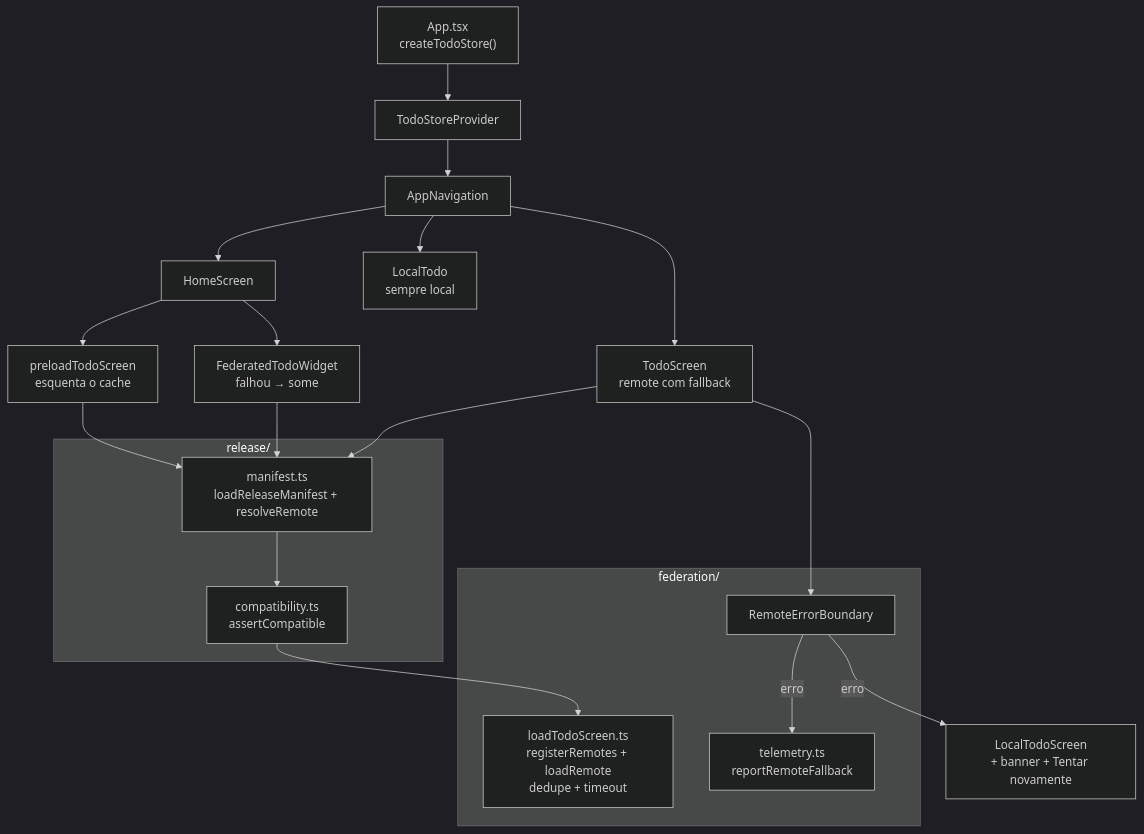
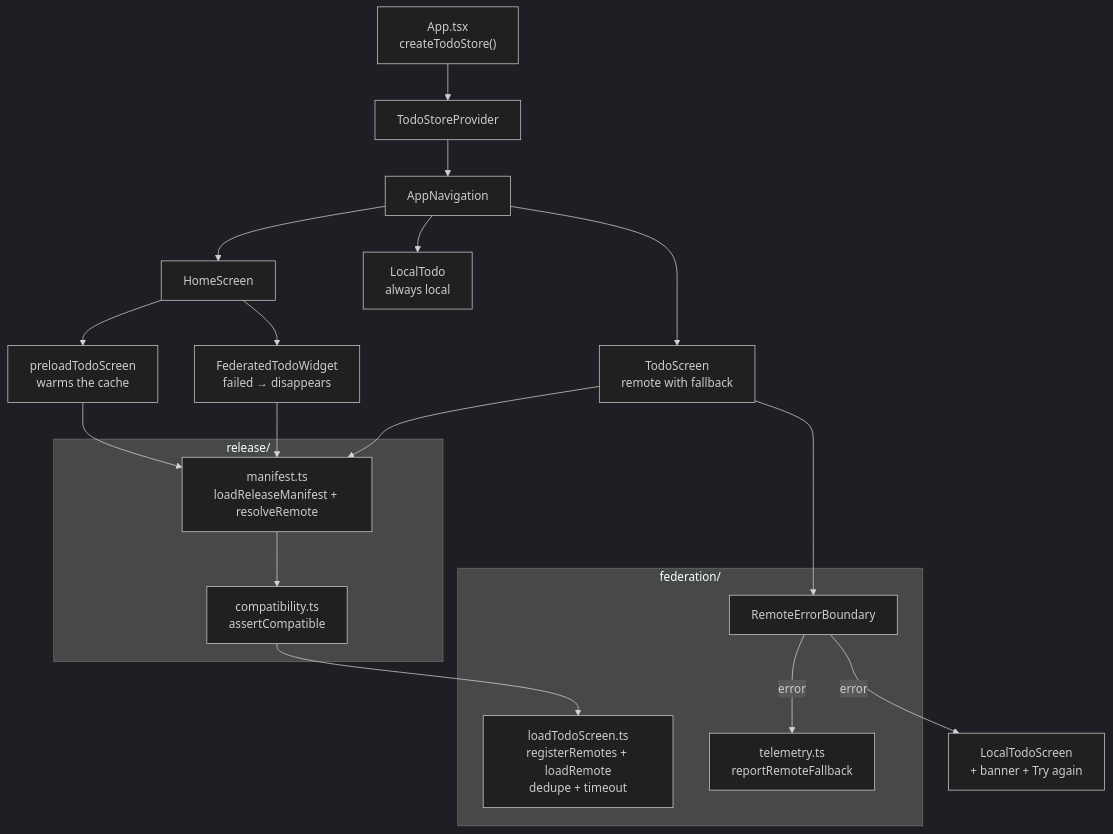
Before and after one commit to Luizrebelatto/module-federation-playground: the second of 8 diagrams in todo-mf/ARCHITECTURE.md, drawn with Mermaid (dark theme). The commit also changed other lines of this file and 16 other files, not shown here.

````diff
--- a/todo-mf/ARCHITECTURE.md
+++ b/todo-mf/ARCHITECTURE.md
@@ -81,30 +81,30 @@
 ```mermaid
 flowchart TB
   App["App.tsx<br/>createTodoStore()"] --> Provider["TodoStoreProvider"]
   Provider --> Nav["AppNavigation"]
 
   Nav --> Home["HomeScreen"]
-  Nav --> TodoScreen["TodoScreen<br/>remote com fallback"]
-  Nav --> LocalRoute["LocalTodo<br/>sempre local"]
+  Nav --> TodoScreen["TodoScreen<br/>remote with fallback"]
+  Nav --> LocalRoute["LocalTodo<br/>always local"]
 
-  Home --> Widget["FederatedTodoWidget<br/>falhou → some"]
-  Home --> Preload["preloadTodoScreen<br/>esquenta o cache"]
+  Home --> Widget["FederatedTodoWidget<br/>failed → disappears"]
+  Home --> Preload["preloadTodoScreen<br/>warms the cache"]
 
   subgraph Release["release/"]
     Manifest["manifest.ts<br/>loadReleaseManifest + resolveRemote"]
     Compat["compatibility.ts<br/>assertCompatible"]
   end
 
   subgraph Federation["federation/"]
     Loader["loadTodoScreen.ts<br/>registerRemotes + loadRemote<br/>dedupe + timeout"]
     Boundary["RemoteErrorBoundary"]
     Telemetry["telemetry.ts<br/>reportRemoteFallback"]
   end
 
   TodoScreen --> Manifest --> Compat --> Loader
   Widget --> Manifest
   Preload --> Manifest
   TodoScreen --> Boundary
-  Boundary -- "erro" --> Fallback["LocalTodoScreen<br/>+ banner + Tentar novamente"]
-  Boundary -- "erro" --> Telemetry
+  Boundary -- "error" --> Fallback["LocalTodoScreen<br/>+ banner + Try again"]
+  Boundary -- "error" --> Telemetry
 ```
````
